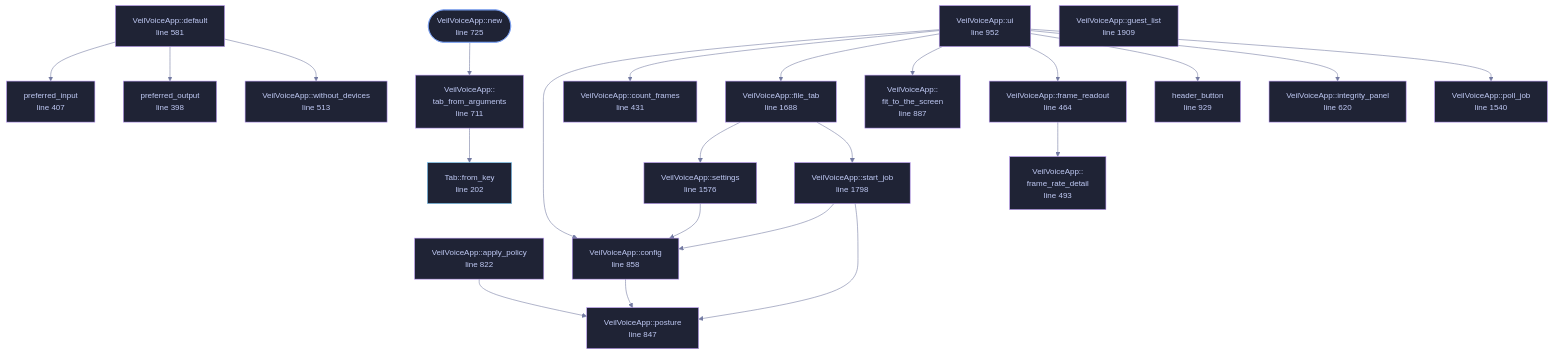
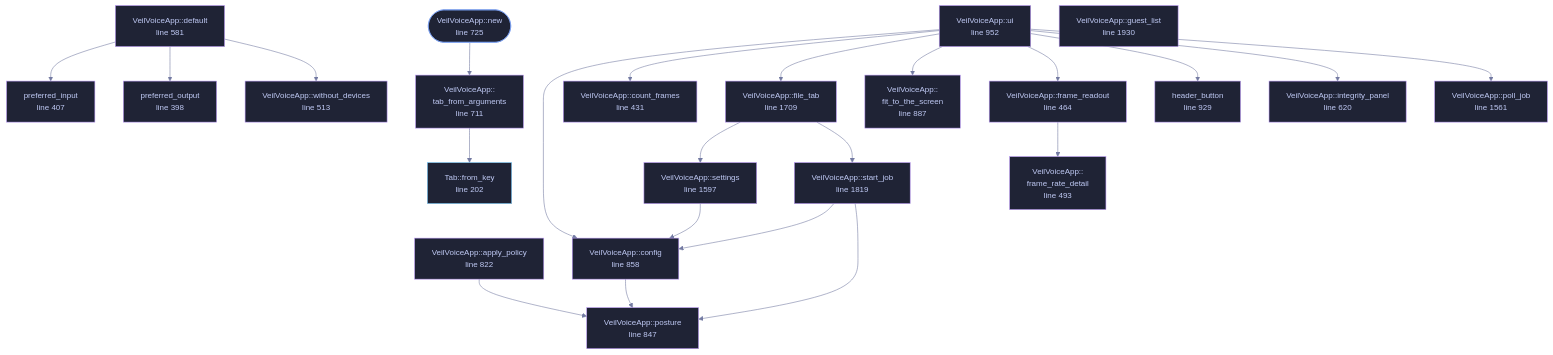
One commit to tilas01/veilvoice changed the diagram in docs/files/veilvoice-gui/app.md. Above: the diagram before and after it, drawn with Mermaid. The commit also changed other lines of this file and 52 other files, not shown here.

````diff
--- a/docs/files/veilvoice-gui/app.md
+++ b/docs/files/veilvoice-gui/app.md
@@ -192,75 +192,75 @@
 ```mermaid
 %%{init: {"theme":"base","themeVariables":{"background":"#1a1b26","primaryColor":"#1f2335","primaryTextColor":"#c0caf5","primaryBorderColor":"#7aa2f7","secondaryColor":"#16161e","tertiaryColor":"#16161e","lineColor":"#737aa2","textColor":"#c0caf5","mainBkg":"#1f2335","nodeBorder":"#7aa2f7","clusterBkg":"#16161e","clusterBorder":"#2f3549","fontFamily":"ui-monospace, SFMono-Regular, Consolas, monospace","fontSize":"14px"}}}%%
 flowchart TD
     n_from_key["Tab::from_key<br/>line 202"]
     n_preferred_output["preferred_output<br/>line 398"]
     n_preferred_input["preferred_input<br/>line 407"]
     n_count_frames["VeilVoiceApp::count_frames<br/>line 431"]
     n_frame_readout["VeilVoiceApp::frame_readout<br/>line 464"]
     n_frame_rate_detail["VeilVoiceApp::<br/>frame_rate_detail<br/>line 493"]
     n_without_devices["VeilVoiceApp::without_devices<br/>line 513"]
     n_default["VeilVoiceApp::default<br/>line 581"]
     n_integrity_panel["VeilVoiceApp::integrity_panel<br/>line 620"]
     n_tab_from_arguments["VeilVoiceApp::<br/>tab_from_arguments<br/>line 711"]
     n_new(["VeilVoiceApp::new<br/>line 725"])
     n_apply_policy["VeilVoiceApp::apply_policy<br/>line 822"]
     n_posture["VeilVoiceApp::posture<br/>line 847"]
     n_config["VeilVoiceApp::config<br/>line 858"]
     n_fit_to_the_screen["VeilVoiceApp::<br/>fit_to_the_screen<br/>line 887"]
     n_header_button["header_button<br/>line 929"]
     n_ui["VeilVoiceApp::ui<br/>line 952"]
-    n_poll_job["VeilVoiceApp::poll_job<br/>line 1540"]
-    n_settings["VeilVoiceApp::settings<br/>line 1576"]
-    n_file_tab["VeilVoiceApp::file_tab<br/>line 1688"]
-    n_start_job["VeilVoiceApp::start_job<br/>line 1798"]
-    n_guest_list["VeilVoiceApp::guest_list<br/>line 1909"]
+    n_poll_job["VeilVoiceApp::poll_job<br/>line 1561"]
+    n_settings["VeilVoiceApp::settings<br/>line 1597"]
+    n_file_tab["VeilVoiceApp::file_tab<br/>line 1709"]
+    n_start_job["VeilVoiceApp::start_job<br/>line 1819"]
+    n_guest_list["VeilVoiceApp::guest_list<br/>line 1930"]
     n_apply_policy --> n_posture
     n_config --> n_posture
     n_default --> n_preferred_input
     n_default --> n_preferred_output
     n_default --> n_without_devices
     n_file_tab --> n_settings
     n_file_tab --> n_start_job
     n_frame_readout --> n_frame_rate_detail
     n_new --> n_tab_from_arguments
     n_settings --> n_config
     n_start_job --> n_config
     n_start_job --> n_posture
     n_tab_from_arguments --> n_from_key
     n_ui --> n_config
     n_ui --> n_count_frames
     n_ui --> n_file_tab
     n_ui --> n_fit_to_the_screen
     n_ui --> n_frame_readout
     n_ui --> n_header_button
     n_ui --> n_integrity_panel
     n_ui --> n_poll_job
     click n_from_key href "https://github.com/tilas01/veilvoice/blob/main/crates/veilvoice-gui/src/app.rs#L202" "open the source"
     click n_preferred_output href "https://github.com/tilas01/veilvoice/blob/main/crates/veilvoice-gui/src/app.rs#L398" "open the source"
     click n_preferred_input href "https://github.com/tilas01/veilvoice/blob/main/crates/veilvoice-gui/src/app.rs#L407" "open the source"
     click n_count_frames href "https://github.com/tilas01/veilvoice/blob/main/crates/veilvoice-gui/src/app.rs#L431" "open the source"
     click n_frame_readout href "https://github.com/tilas01/veilvoice/blob/main/crates/veilvoice-gui/src/app.rs#L464" "open the source"
     click n_frame_rate_detail href "https://github.com/tilas01/veilvoice/blob/main/crates/veilvoice-gui/src/app.rs#L493" "open the source"
     click n_without_devices href "https://github.com/tilas01/veilvoice/blob/main/crates/veilvoice-gui/src/app.rs#L513" "open the source"
     click n_default href "https://github.com/tilas01/veilvoice/blob/main/crates/veilvoice-gui/src/app.rs#L581" "open the source"
     click n_integrity_panel href "https://github.com/tilas01/veilvoice/blob/main/crates/veilvoice-gui/src/app.rs#L620" "open the source"
     click n_tab_from_arguments href "https://github.com/tilas01/veilvoice/blob/main/crates/veilvoice-gui/src/app.rs#L711" "open the source"
     click n_new href "https://github.com/tilas01/veilvoice/blob/main/crates/veilvoice-gui/src/app.rs#L725" "open the source"
     click n_apply_policy href "https://github.com/tilas01/veilvoice/blob/main/crates/veilvoice-gui/src/app.rs#L822" "open the source"
     click n_posture href "https://github.com/tilas01/veilvoice/blob/main/crates/veilvoice-gui/src/app.rs#L847" "open the source"
     click n_config href "https://github.com/tilas01/veilvoice/blob/main/crates/veilvoice-gui/src/app.rs#L858" "open the source"
     click n_fit_to_the_screen href "https://github.com/tilas01/veilvoice/blob/main/crates/veilvoice-gui/src/app.rs#L887" "open the source"
     click n_header_button href "https://github.com/tilas01/veilvoice/blob/main/crates/veilvoice-gui/src/app.rs#L929" "open the source"
     click n_ui href "https://github.com/tilas01/veilvoice/blob/main/crates/veilvoice-gui/src/app.rs#L952" "open the source"
-    click n_poll_job href "https://github.com/tilas01/veilvoice/blob/main/crates/veilvoice-gui/src/app.rs#L1540" "open the source"
-    click n_settings href "https://github.com/tilas01/veilvoice/blob/main/crates/veilvoice-gui/src/app.rs#L1576" "open the source"
-    click n_file_tab href "https://github.com/tilas01/veilvoice/blob/main/crates/veilvoice-gui/src/app.rs#L1688" "open the source"
-    click n_start_job href "https://github.com/tilas01/veilvoice/blob/main/crates/veilvoice-gui/src/app.rs#L1798" "open the source"
-    click n_guest_list href "https://github.com/tilas01/veilvoice/blob/main/crates/veilvoice-gui/src/app.rs#L1909" "open the source"
+    click n_poll_job href "https://github.com/tilas01/veilvoice/blob/main/crates/veilvoice-gui/src/app.rs#L1561" "open the source"
+    click n_settings href "https://github.com/tilas01/veilvoice/blob/main/crates/veilvoice-gui/src/app.rs#L1597" "open the source"
+    click n_file_tab href "https://github.com/tilas01/veilvoice/blob/main/crates/veilvoice-gui/src/app.rs#L1709" "open the source"
+    click n_start_job href "https://github.com/tilas01/veilvoice/blob/main/crates/veilvoice-gui/src/app.rs#L1819" "open the source"
+    click n_guest_list href "https://github.com/tilas01/veilvoice/blob/main/crates/veilvoice-gui/src/app.rs#L1930" "open the source"
     classDef entry fill:#1f2335,stroke:#7aa2f7,color:#c0caf5
     class n_new entry
     classDef api fill:#1f2335,stroke:#7dcfff,color:#c0caf5
     class n_from_key api
     classDef helper fill:#1f2335,stroke:#bb9af7,color:#c0caf5
     class n_preferred_output,n_preferred_input,n_count_frames,n_frame_readout,n_frame_rate_detail,n_without_devices,n_default,n_integrity_panel,n_tab_from_arguments,n_apply_policy,n_posture,n_config,n_fit_to_the_screen,n_header_button,n_ui,n_poll_job,n_settings,n_file_tab,n_start_job,n_guest_list helper
 ```
````
